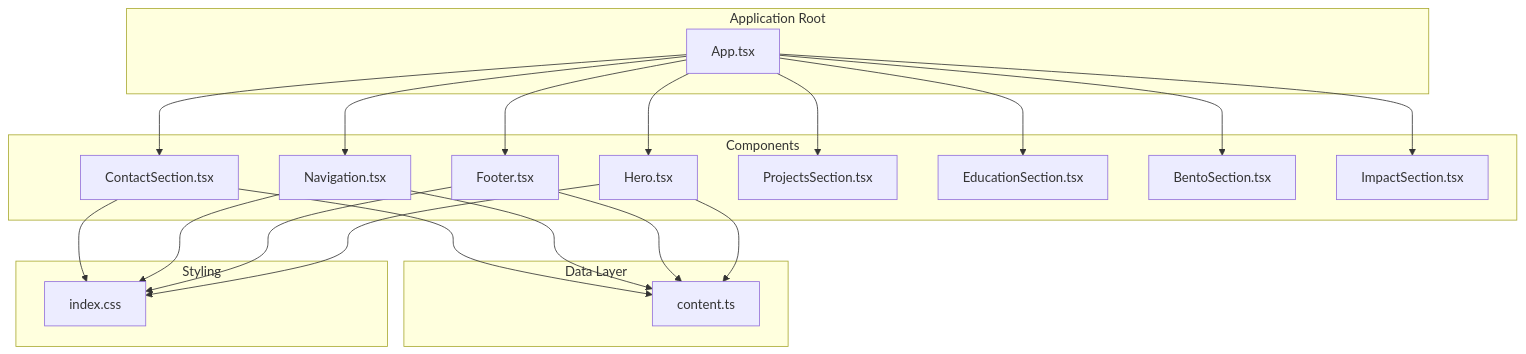
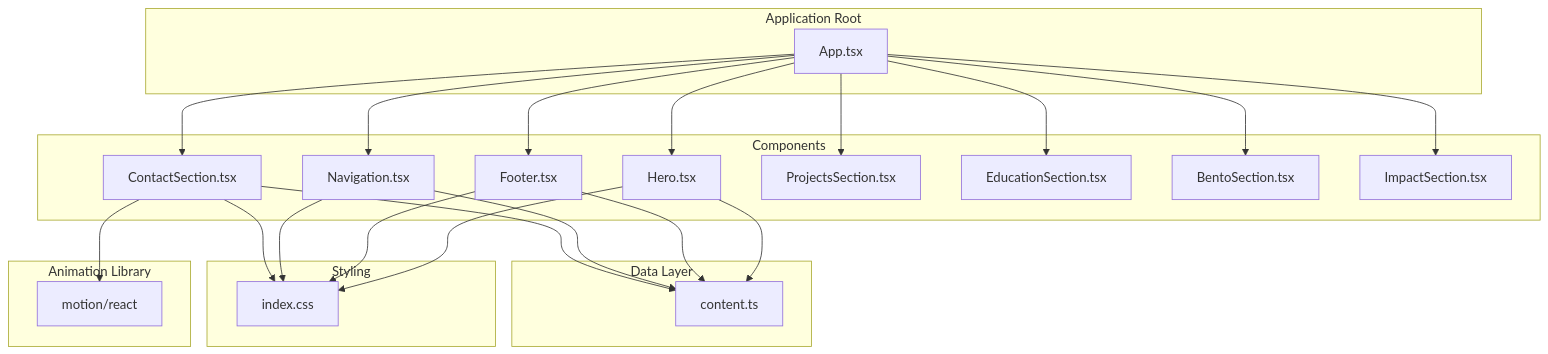
One commit to subash7781/Portfolio changed the first of 5 diagrams in .qoder/repowiki/en/content/Component Library & UI Elements/ContactSection Component.md. Above: the diagram before and after it, drawn with Mermaid. The commit also changed other lines of this file and 5 other files, not shown here.

````diff
--- a/.qoder/repowiki/en/content/Component Library & UI Elements/ContactSection Component.md
+++ b/.qoder/repowiki/en/content/Component Library & UI Elements/ContactSection Component.md
@@ -46,38 +46,42 @@
 ```mermaid
 graph TB
 subgraph "Application Root"
 App[App.tsx]
 end
 subgraph "Components"
 Contact[ContactSection.tsx]
 Hero[Hero.tsx]
 Nav[Navigation.tsx]
 Footer[Footer.tsx]
 Projects[ProjectsSection.tsx]
 Education[EducationSection.tsx]
 Bento[BentoSection.tsx]
 Impact[ImpactSection.tsx]
 end
 subgraph "Data Layer"
 Content[content.ts]
 end
 subgraph "Styling"
 CSS[index.css]
 end
+subgraph "Animation Library"
+Motion[motion/react]
+end
 App --> Contact
 App --> Hero
 App --> Nav
 App --> Footer
 App --> Projects
 App --> Education
 App --> Bento
 App --> Impact
 Contact --> Content
+Contact --> Motion
 Nav --> Content
 Footer --> Content
 Hero --> Content
 Contact --> CSS
 Nav --> CSS
 Footer --> CSS
 Hero --> CSS
 ```
````
